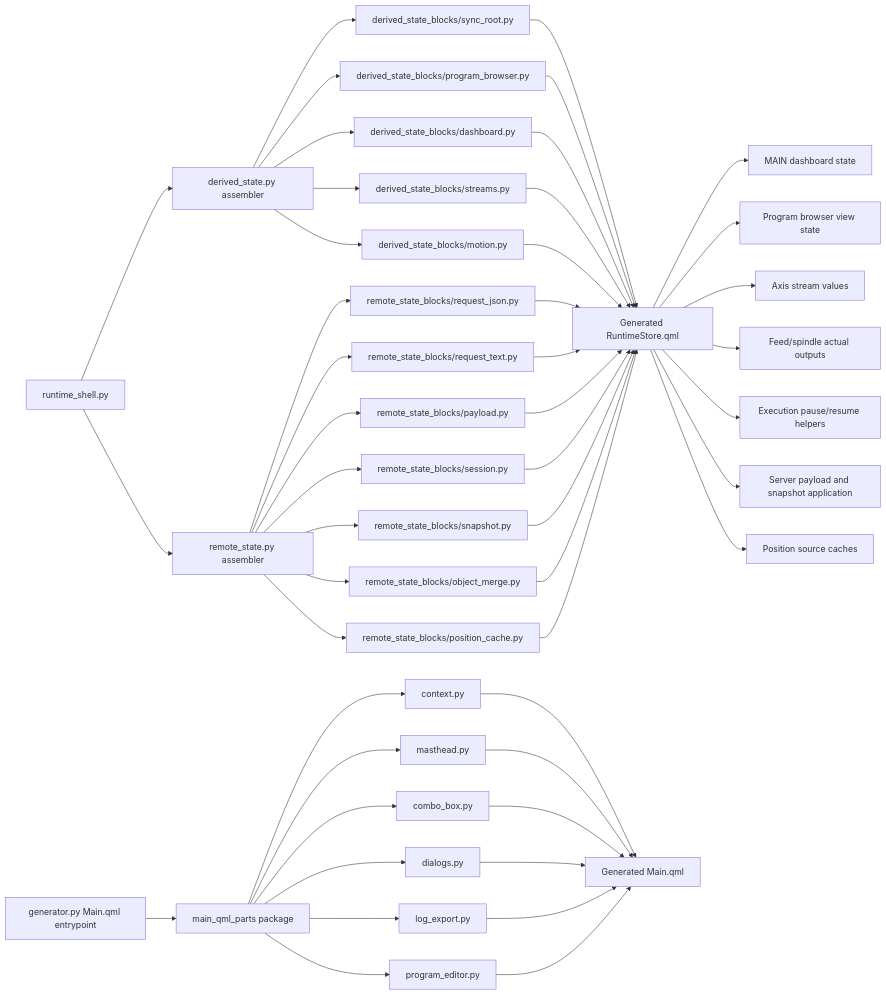
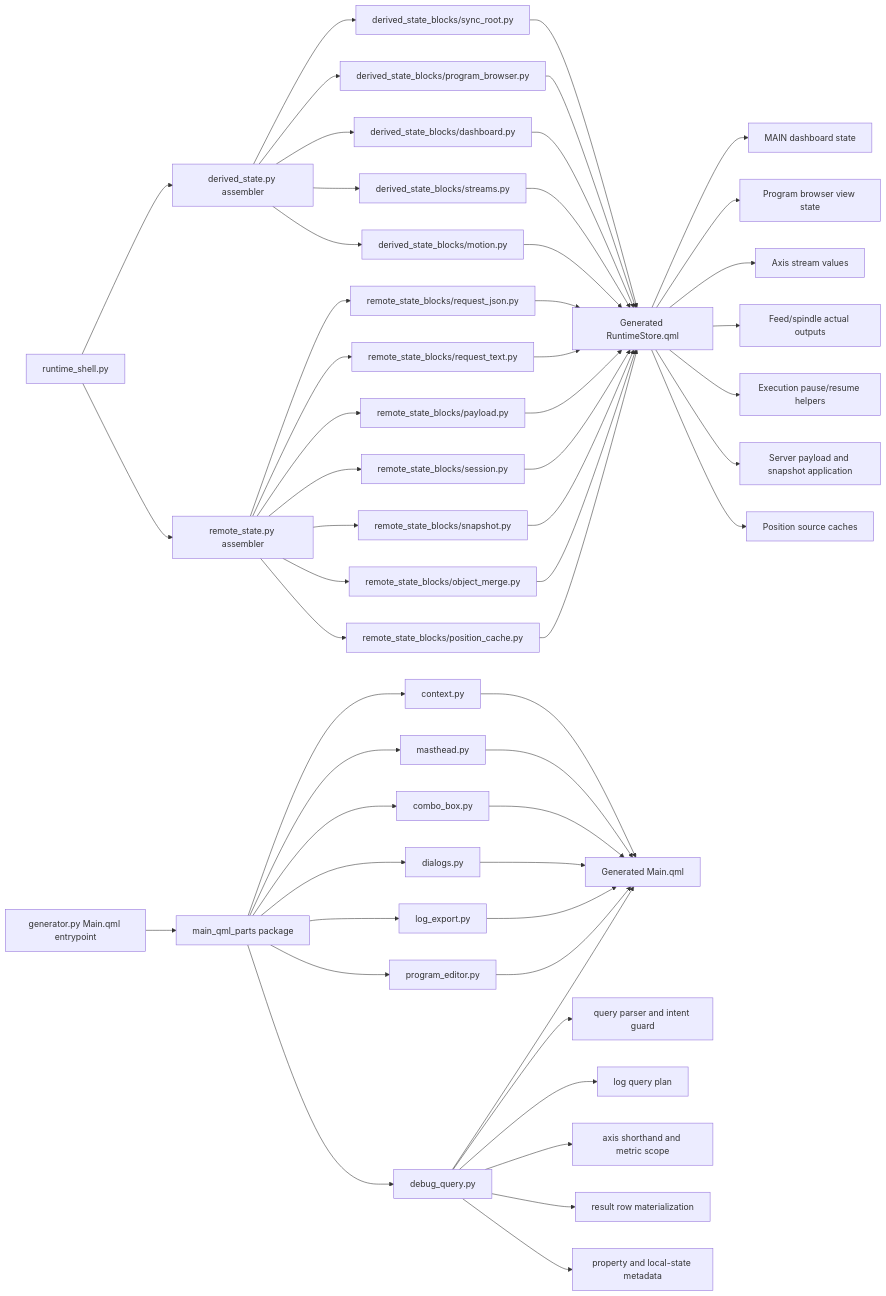
The diagram in 2026-05-10-codex-session/architecture-diagram.md (luppiterw/metanc_hmi_dsl_reports), drawn with Mermaid before and after one commit. The commit also changed 15 other files, not shown here.

Commit message:
docs: refresh 2026-05-10 QML debug helper report

````diff
--- a/2026-05-10-codex-session/architecture-diagram.md
+++ b/2026-05-10-codex-session/architecture-diagram.md
@@ -3,53 +3,61 @@
 ```mermaid
 flowchart LR
     MainGen[generator.py Main.qml entrypoint] --> MainParts[main_qml_parts package]
     MainParts --> Context[context.py]
     MainParts --> Masthead[masthead.py]
     MainParts --> Combo[combo_box.py]
     MainParts --> Dialogs[dialogs.py]
     MainParts --> LogExport[log_export.py]
     MainParts --> ProgramEditor[program_editor.py]
+    MainParts --> DebugQuery[debug_query.py]
 
     Shell[runtime_shell.py] --> Derived[derived_state.py assembler]
     Shell --> Remote[remote_state.py assembler]
     Derived --> SyncRoot[derived_state_blocks/sync_root.py]
     Derived --> Browser[derived_state_blocks/program_browser.py]
     Derived --> Dashboard[derived_state_blocks/dashboard.py]
     Derived --> Streams[derived_state_blocks/streams.py]
     Derived --> Motion[derived_state_blocks/motion.py]
     Remote --> RequestJson[remote_state_blocks/request_json.py]
     Remote --> RequestText[remote_state_blocks/request_text.py]
     Remote --> Payload[remote_state_blocks/payload.py]
     Remote --> Session[remote_state_blocks/session.py]
     Remote --> Snapshot[remote_state_blocks/snapshot.py]
     Remote --> Merge[remote_state_blocks/object_merge.py]
     Remote --> PositionCache[remote_state_blocks/position_cache.py]
 
     SyncRoot --> RuntimeStore[Generated RuntimeStore.qml]
     Browser --> RuntimeStore
     Dashboard --> RuntimeStore
     Streams --> RuntimeStore
     Motion --> RuntimeStore
     RequestJson --> RuntimeStore
     RequestText --> RuntimeStore
     Payload --> RuntimeStore
     Session --> RuntimeStore
     Snapshot --> RuntimeStore
     Merge --> RuntimeStore
     PositionCache --> RuntimeStore
 
     Context --> MainQml[Generated Main.qml]
     Masthead --> MainQml
     Combo --> MainQml
     Dialogs --> MainQml
     LogExport --> MainQml
     ProgramEditor --> MainQml
+    DebugQuery --> MainQml
 
     RuntimeStore --> Main[MAIN dashboard state]
     RuntimeStore --> ProgramDir[Program browser view state]
     RuntimeStore --> AxisStream[Axis stream values]
     RuntimeStore --> MotionOutputs[Feed/spindle actual outputs]
     RuntimeStore --> ExecutionControl[Execution pause/resume helpers]
     RuntimeStore --> ServerPayload[Server payload and snapshot application]
     RuntimeStore --> PositionSources[Position source caches]
+
+    DebugQuery --> QueryParser[query parser and intent guard]
+    DebugQuery --> LogQuery[log query plan]
+    DebugQuery --> AxisScope[axis shorthand and metric scope]
+    DebugQuery --> ResultRows[result row materialization]
+    DebugQuery --> ValueMeta[property and local-state metadata]
 ```
````
